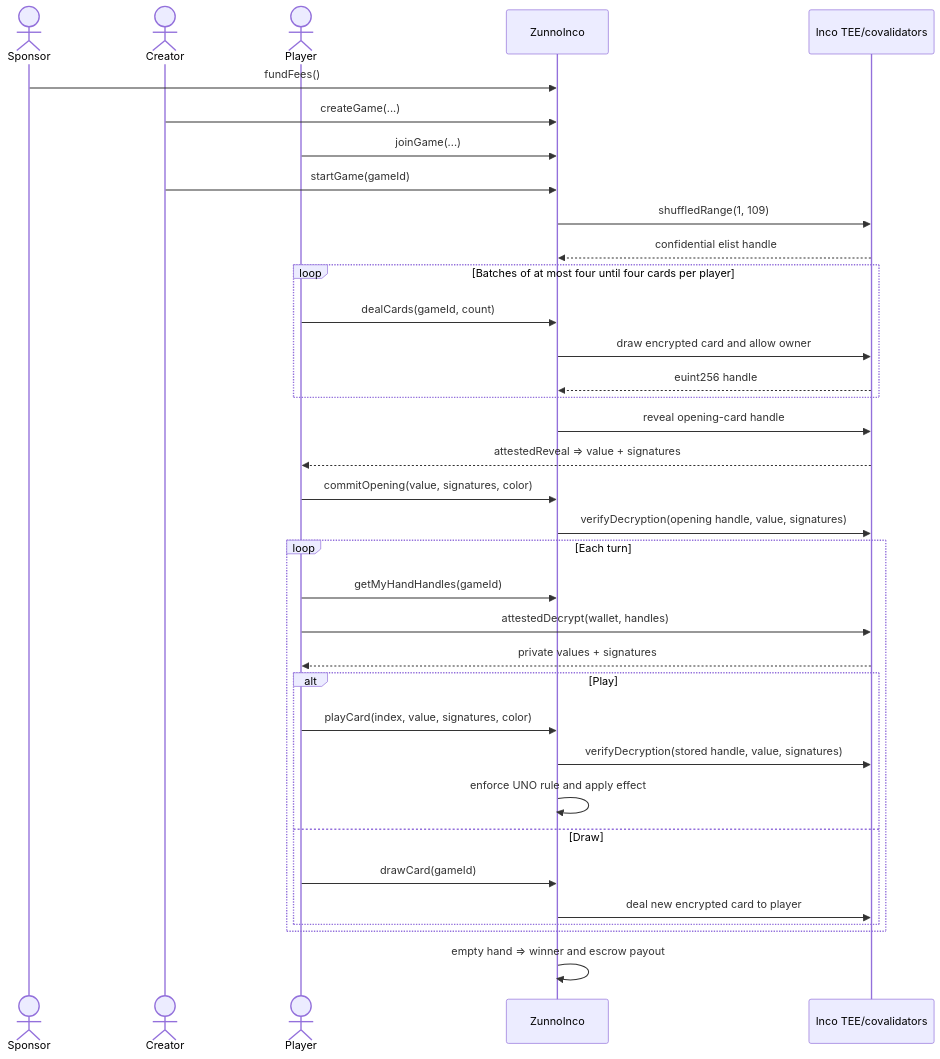
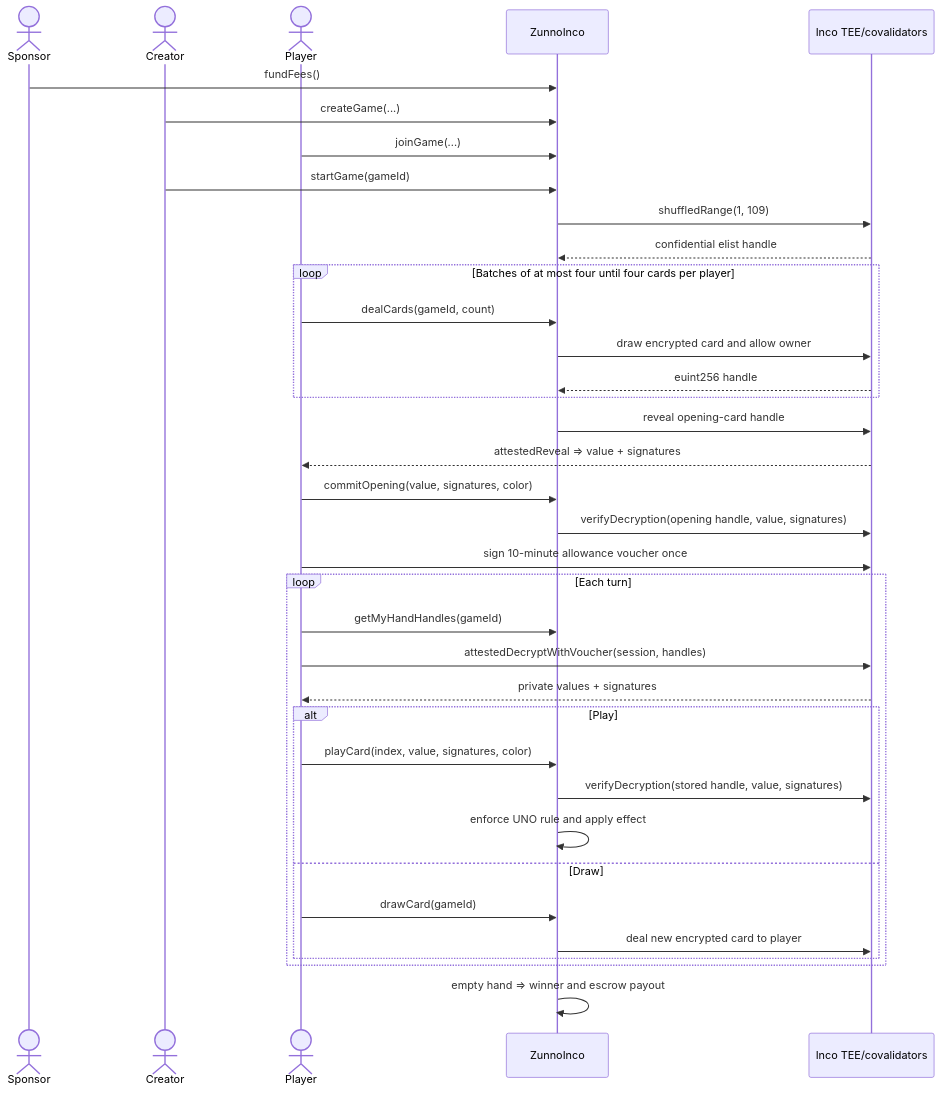
The second of 2 diagrams in docs/INCO_INTEGRATION.md (ayush4345/zunno-inco), drawn with Mermaid before and after one commit. The commit also changed other lines of this file and 2 other files, not shown here.

Commit message:
feat(client): reuse Inco hand decrypt session

````diff
--- a/docs/INCO_INTEGRATION.md
+++ b/docs/INCO_INTEGRATION.md
@@ -58,40 +58,41 @@
 ```mermaid
 sequenceDiagram
     actor Sponsor
     actor Creator
     actor Player
     participant Game as ZunnoInco
     participant Inco as Inco TEE/covalidators
 
     Sponsor->>Game: fundFees()
     Creator->>Game: createGame(...)
     Player->>Game: joinGame(...)
     Creator->>Game: startGame(gameId)
     Game->>Inco: shuffledRange(1, 109)
     Inco-->>Game: confidential elist handle
     loop Batches of at most four until four cards per player
         Player->>Game: dealCards(gameId, count)
         Game->>Inco: draw encrypted card and allow owner
         Inco-->>Game: euint256 handle
     end
     Game->>Inco: reveal opening-card handle
     Inco-->>Player: attestedReveal => value + signatures
     Player->>Game: commitOpening(value, signatures, color)
     Game->>Inco: verifyDecryption(opening handle, value, signatures)
 
+    Player->>Inco: sign 10-minute allowance voucher once
     loop Each turn
         Player->>Game: getMyHandHandles(gameId)
-        Player->>Inco: attestedDecrypt(wallet, handles)
+        Player->>Inco: attestedDecryptWithVoucher(session, handles)
         Inco-->>Player: private values + signatures
         alt Play
             Player->>Game: playCard(index, value, signatures, color)
             Game->>Inco: verifyDecryption(stored handle, value, signatures)
             Game->>Game: enforce UNO rule and apply effect
         else Draw
             Player->>Game: drawCard(gameId)
             Game->>Inco: deal new encrypted card to player
         end
     end
 
     Game->>Game: empty hand => winner and escrow payout
 ```
````
